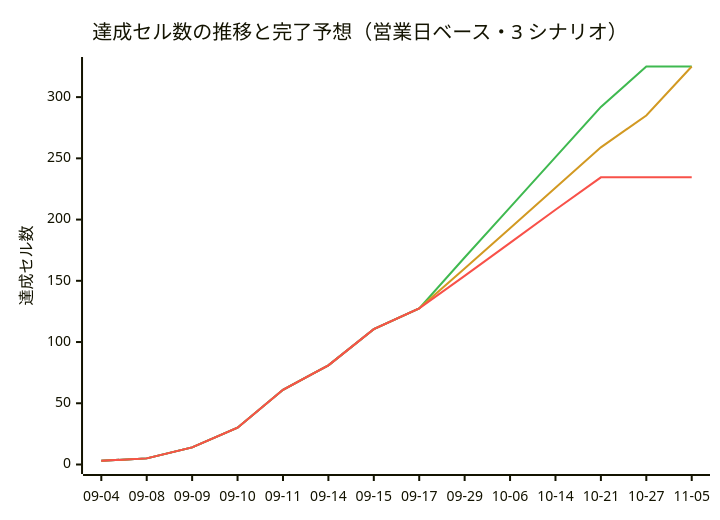
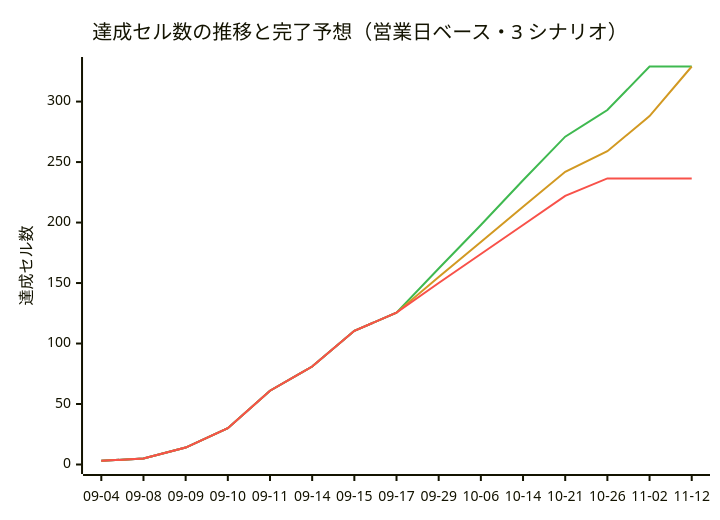
One commit to yoshihisatanaka/Pre-Market_Trading_frontend changed the diagram in docs/progress.md. Above: the diagram before and after it, drawn with Mermaid. The commit also changed other lines of this file, not shown here.

````diff
--- a/docs/progress.md
+++ b/docs/progress.md
@@ -341,11 +364,11 @@
 ```mermaid
 %%{init: {"themeVariables": {"xyChart": {"plotColorPalette": "#2f6feb, #3fb950, #d29922, #f85149"}}}}%%
 xychart-beta
     title "達成セル数の推移と完了予想（営業日ベース・3 シナリオ）"
-    x-axis ["09-04", "09-08", "09-09", "09-10", "09-11", "09-14", "09-15", "09-17", "09-29", "10-06", "10-14", "10-21", "10-27", "11-05"]
-    y-axis "達成セル数" 0 --> 325
-    line [3, 5, 14, 30, 61, 81, 110.5, 127.5]
-    line [3, 5, 14, 30, 61, 81, 110.5, 127.5, 169, 210, 251, 292, 325, 325]
-    line [3, 5, 14, 30, 61, 81, 110.5, 127.5, 160, 193, 226, 259, 285, 325]
-    line [3, 5, 14, 30, 61, 81, 110.5, 127.5, 154, 181, 208, 234.5, 234.5, 234.5]
+    x-axis ["09-04", "09-08", "09-09", "09-10", "09-11", "09-14", "09-15", "09-17", "09-29", "10-06", "10-14", "10-21", "10-26", "11-02", "11-12"]
+    y-axis "達成セル数" 0 --> 329
+    line [3, 5, 14, 30, 61, 81, 110.5, 125.5]
+    line [3, 5, 14, 30, 61, 81, 110.5, 125.5, 162, 198, 235, 271, 293, 329, 329]
+    line [3, 5, 14, 30, 61, 81, 110.5, 125.5, 155, 184, 213, 242, 259, 288, 329]
+    line [3, 5, 14, 30, 61, 81, 110.5, 125.5, 150, 174, 198, 222, 236.5, 236.5, 236.5]
 ```
````
